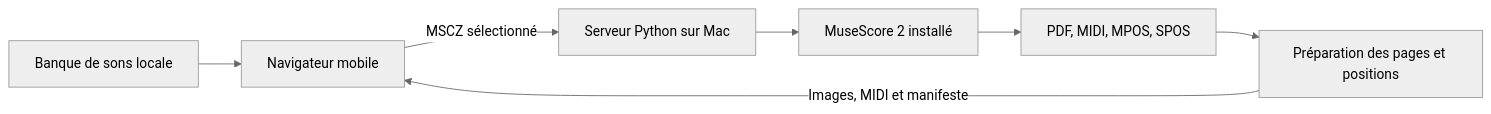
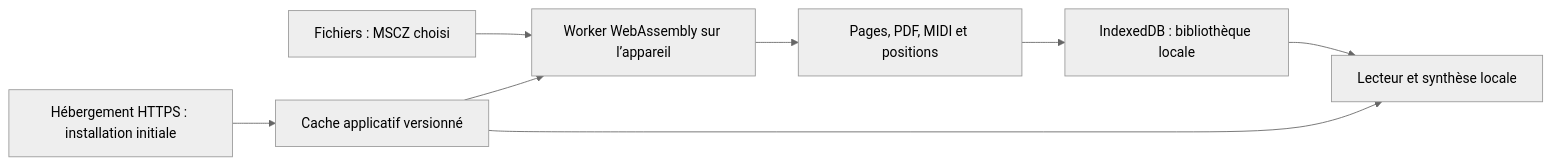
The diagram in docs/ARCHITECTURE.md (Alexmacapple/Pupitro), drawn with Mermaid (neutral theme) before and after one commit. The commit also changed other lines of this file and 36 other files, not shown here.

````diff
--- a/docs/ARCHITECTURE.md
+++ b/docs/ARCHITECTURE.md
@@ -14,9 +15,10 @@
 ```mermaid
 flowchart LR
-  A[Navigateur mobile] -->|MSCZ sélectionné| B[Serveur Python sur Mac]
-  B --> C[MuseScore 2 installé]
-  C --> D[PDF, MIDI, MPOS, SPOS]
-  D --> E[Préparation des pages et positions]
-  E -->|Images, MIDI et manifeste| A
-  F[Banque de sons locale] --> A
+  A[Fichiers : MSCZ choisi] --> B[Worker WebAssembly sur l’appareil]
+  B --> C[Pages, PDF, MIDI et positions]
+  C --> D[IndexedDB : bibliothèque locale]
+  D --> E[Lecteur et synthèse locale]
+  F[Hébergement HTTPS : installation initiale] --> G[Cache applicatif versionné]
+  G --> B
+  G --> E
 ```
````
